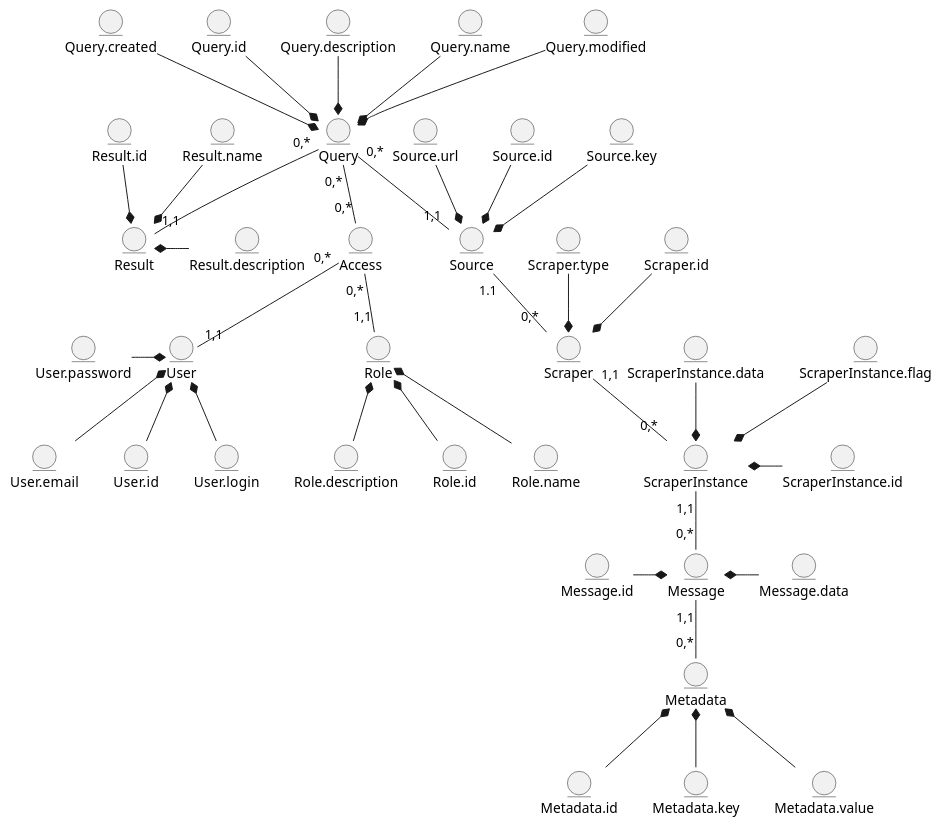
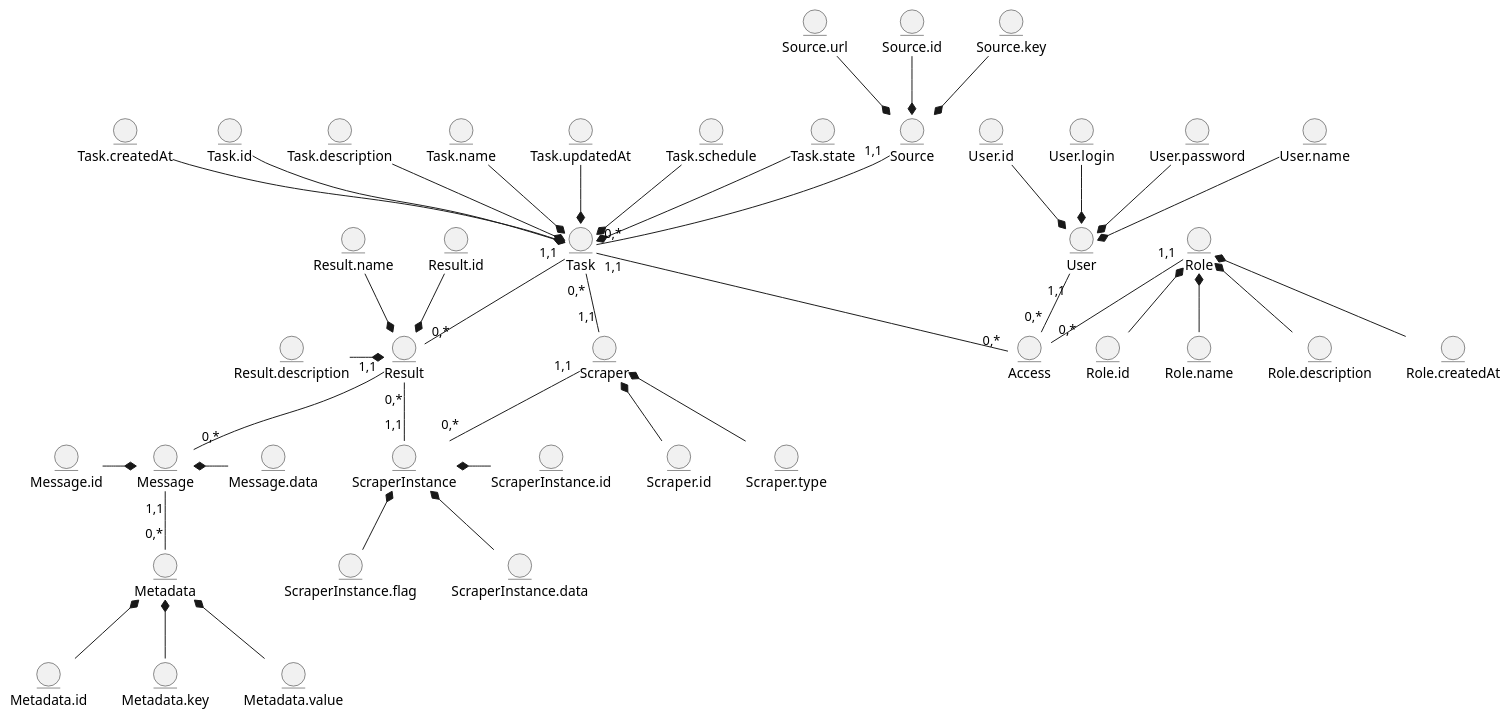
One commit to mikhmol/media-content-analyze-system changed the first of 2 diagrams in docs/design/README.md. Above: the diagram before and after it, drawn with PlantUML. The commit also changed other lines of this file, not shown here.

Commit message:
updated logic in business model and ER-model

```diff
--- a/docs/design/README.md
+++ b/docs/design/README.md
@@ -6,17 +6,21 @@
 @startuml
 
-entity Query
-entity Query.created
-entity Query.id
-entity Query.description
-entity Query.name
-entity Query.modified
+entity Task
+entity Task.createdAt
+entity Task.id
+entity Task.description
+entity Task.name
+entity Task.updatedAt
+entity Task.schedule
+entity Task.state
 
-Query.created --* Query 
-Query.id --* Query 
-Query.description --* Query
-Query.name --* Query 
-Query.modified --* Query 
+Task.createdAt --* Task 
+Task.id --* Task 
+Task.description --* Task
+Task.name --* Task 
+Task.updatedAt --* Task 
+Task.state --* Task 
+Task.schedule --* Task 
 
 entity Access
 
@@ -24,12 +28,12 @@
 entity User.id
 entity User.login
 entity User.password
-entity User.email
+entity User.name
 
-User.id -u-* User 
-User.login -u-* User 
-User.password -r-* User 
-User.email -u-* User 
+User.id -d-* User 
+User.login -d-* User 
+User.password -d-* User 
+User.name --* User 
 
 entity Result
 entity Result.id
@@ -38,16 +42,18 @@
 
 Result.id --* Result 
 Result.name --* Result 
-Result.description -l-* Result
+Result.description -r-* Result
 
 entity Role
 entity Role.id
 entity Role.name
 entity Role.description
+entity Role.createdAt
 
 Role.id -u-* Role 
 Role.name -u-* Role 
 Role.description -u-* Role
+Role.createdAt -u-* Role
 
 entity Source
 entity Source.url
@@ -62,8 +68,8 @@
 entity Scraper.type
 entity Scraper.id
 
-Scraper.type --* Scraper
-Scraper.id --* Scraper
+Scraper.type -u-* Scraper
+Scraper.id -u-* Scraper
 
 entity ScraperInstance
 entity ScraperInstance.id
@@ -71,8 +77,8 @@
 entity ScraperInstance.flag
 
 ScraperInstance.id -l-* ScraperInstance
-ScraperInstance.data --* ScraperInstance
-ScraperInstance.flag --* ScraperInstance
+ScraperInstance.data -u-* ScraperInstance
+ScraperInstance.flag -u-* ScraperInstance
 
 entity Message
 entity Message.id
@@ -90,14 +96,15 @@
 Metadata.key -u-* Metadata
 Metadata.value -u-* Metadata
 
-Query "0,*" -d- "0,*" Access
-Query "0,*" -d- "1,1" Result
-Query "0,*" -d- "1,1" Source
-Access "0,*" -d- "1,1" User
-Access "0,*" -- "1,1" Role
-Source "1.1" -d- "0,*" Scraper
-Scraper "1,1" -d- "0,*" ScraperInstance
-Message "0,*" -u- "1,1" ScraperInstance
-Metadata "0,*" -u- "1,1" Message
+Task "1,1" -- "0,*" Access 
+Task "0,*" -u- "1,1" Source 
+Task "1,1" -- "0,*" Result 
+User "1,1" -- "0,*" Access 
+Role "1,1" -- "0,*" Access
+Task "0,*" -- "1,1" Scraper
+Scraper "1,1" - "0,*" ScraperInstance
+Result "1,1" -- "0,*" Message
+Message "1,1" -- "0,*" Metadata
+Result "0,*" -- "1,1" ScraperInstance
 
 @enduml
```
